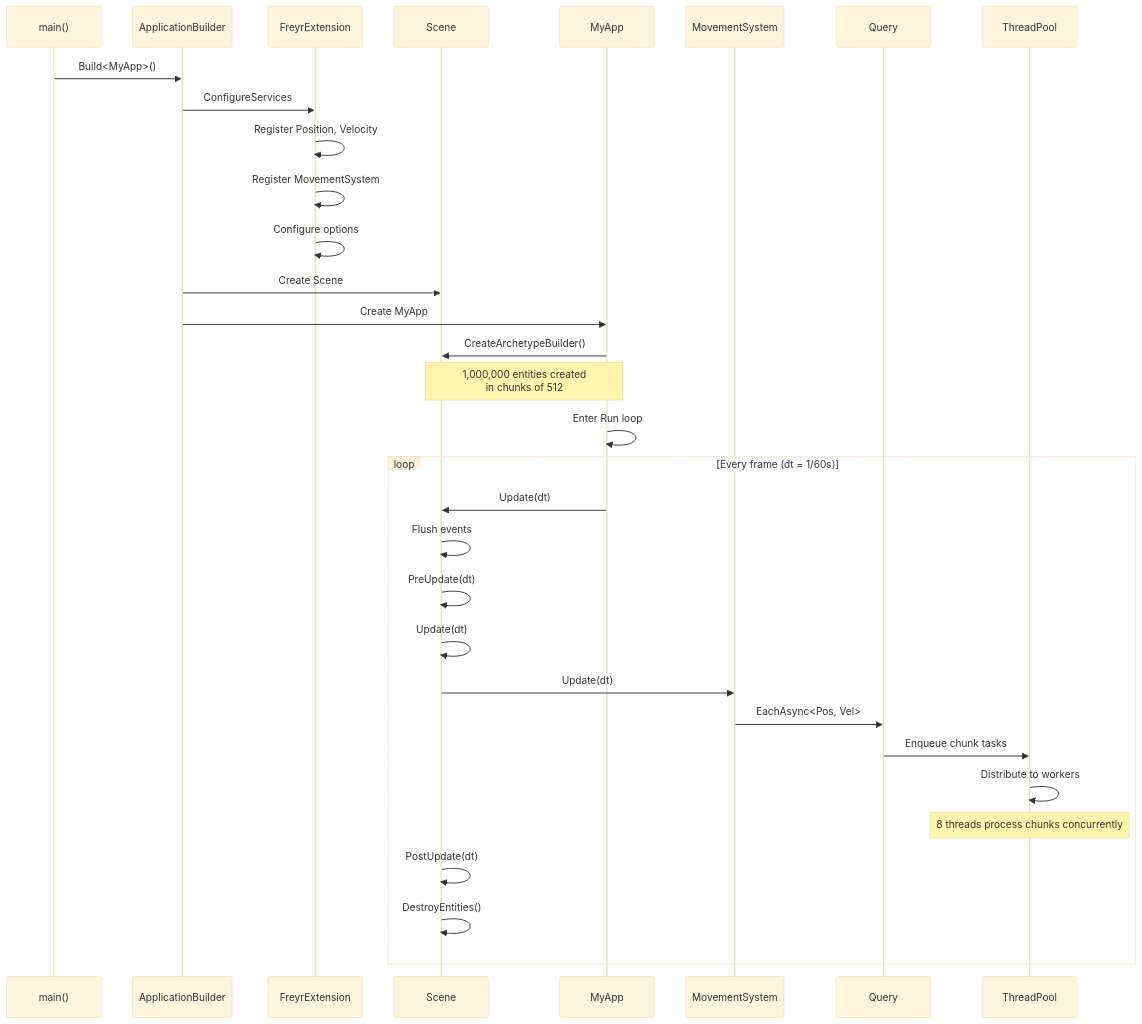
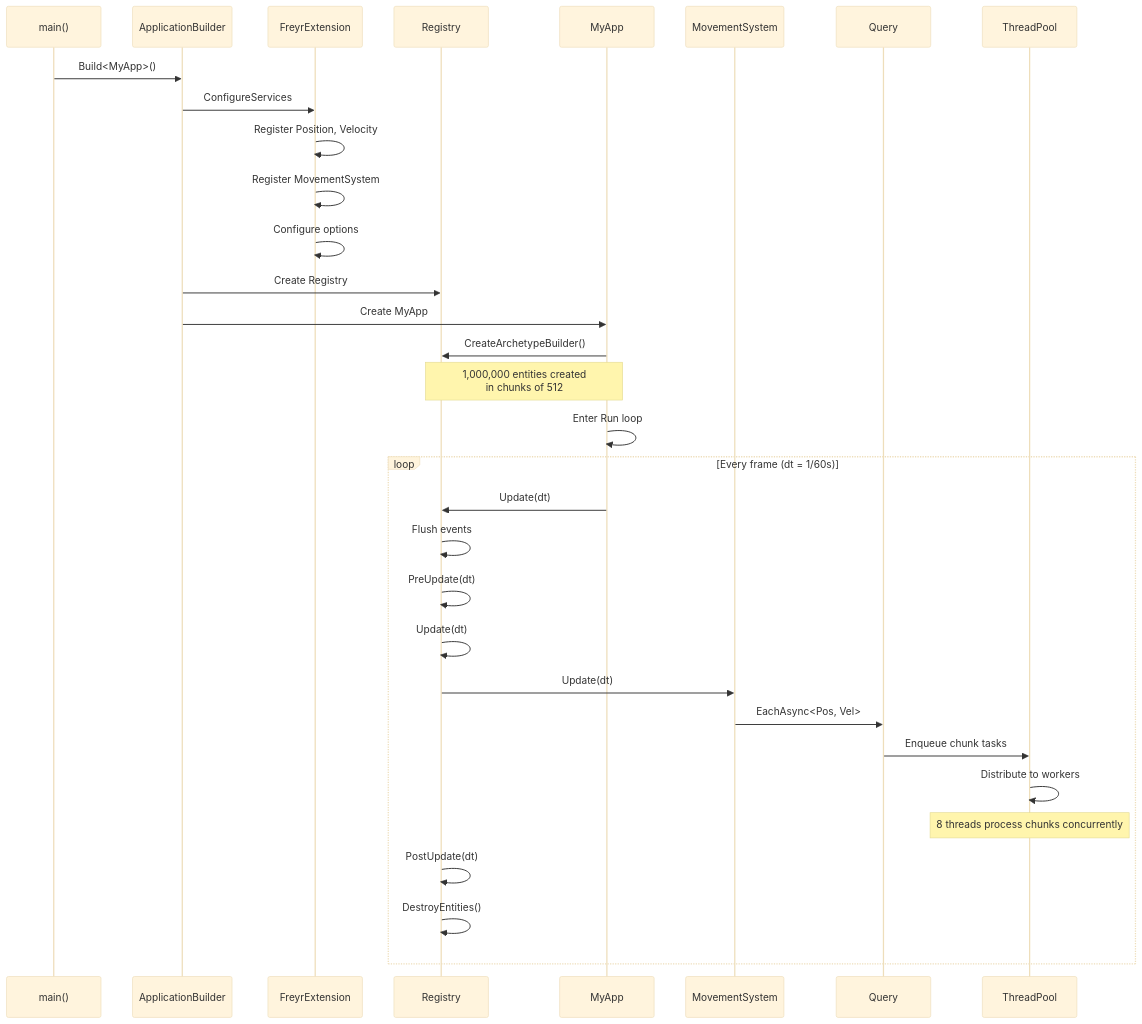
One commit to gilmar-sales/Freyr changed the first of 2 diagrams in docs/getting-started/quick-start.md. Above: the diagram before and after it, drawn with Mermaid (base theme). The commit also changed other lines of this file and 17 other files, not shown here.

````diff
--- a/docs/getting-started/quick-start.md
+++ b/docs/getting-started/quick-start.md
@@ -144,33 +144,33 @@
 ```mermaid
 sequenceDiagram
     participant Main as main()
     participant Builder as ApplicationBuilder
     participant Extension as FreyrExtension
-    participant Scene as Scene
+    participant Registry as Registry
     participant App as MyApp
 
     Main->>Builder: Build<MyApp>()
     Builder->>Extension: ConfigureServices
     Extension->>Extension: Register Position, Velocity
     Extension->>Extension: Register MovementSystem
     Extension->>Extension: Configure options
-    Builder->>Scene: Create Scene
+    Builder->>Registry: Create Registry
     Builder->>App: Create MyApp
-    App->>Scene: CreateArchetypeBuilder()
-    Note over App,Scene: 1,000,000 entities created<br/>in chunks of 512
+    App->>Registry: CreateArchetypeBuilder()
+    Note over App,Registry: 1,000,000 entities created<br/>in chunks of 512
     App->>App: Enter Run loop
 
     loop Every frame (dt = 1/60s)
-        App->>Scene: Update(dt)
-        Scene->>Scene: Flush events
-        Scene->>Scene: PreUpdate(dt)
-        Scene->>Scene: Update(dt)
-        Scene->>MovementSystem: Update(dt)
+        App->>Registry: Update(dt)
+        Registry->>Registry: Flush events
+        Registry->>Registry: PreUpdate(dt)
+        Registry->>Registry: Update(dt)
+        Registry->>MovementSystem: Update(dt)
         MovementSystem->>Query: EachAsync<Pos, Vel>
         Query->>ThreadPool: Enqueue chunk tasks
         ThreadPool->>ThreadPool: Distribute to workers
         Note over ThreadPool: 8 threads process chunks concurrently
-        Scene->>Scene: PostUpdate(dt)
-        Scene->>Scene: DestroyEntities()
+        Registry->>Registry: PostUpdate(dt)
+        Registry->>Registry: DestroyEntities()
     end
 ```
````
